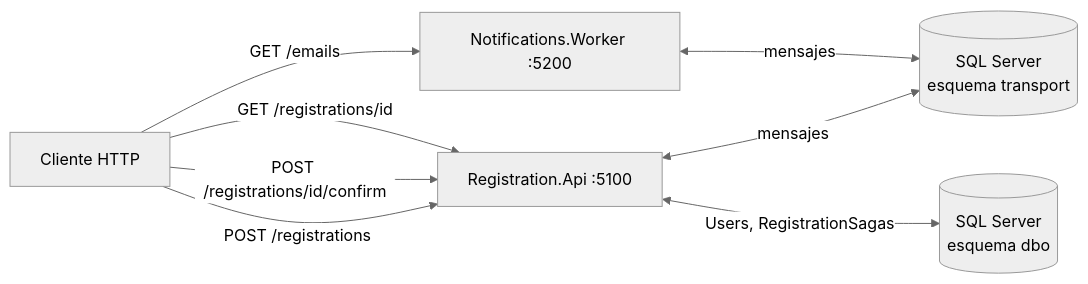
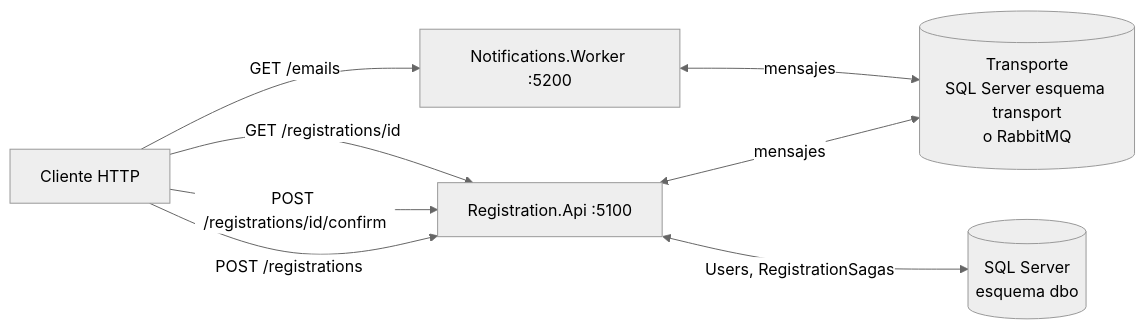
The first of 2 diagrams in README.md (goguiGit/MassTransit.Saga.Demo), drawn with Mermaid (neutral theme) before and after one commit. The commit also changed other lines of this file and 12 other files, not shown here.

First line of the commit message:
feat: selectable transport, SQL Server or RabbitMQ, in a shared Messaging project

````diff
--- a/README.md
+++ b/README.md
@@ -42,10 +42,10 @@
 ```mermaid
 flowchart LR
     C[Cliente HTTP] -->|POST /registrations| API[Registration.Api :5100]
     C -->|POST /registrations/id/confirm| API
     C -->|GET /registrations/id| API
-    API <-->|mensajes| T[(SQL Server<br/>esquema transport)]
+    API <-->|mensajes| T[(Transporte<br/>SQL Server esquema transport<br/>o RabbitMQ)]
     API <-->|Users, RegistrationSagas| DB[(SQL Server<br/>esquema dbo)]
     W[Notifications.Worker :5200] <-->|mensajes| T
     C -->|GET /emails| W
 ```
````
